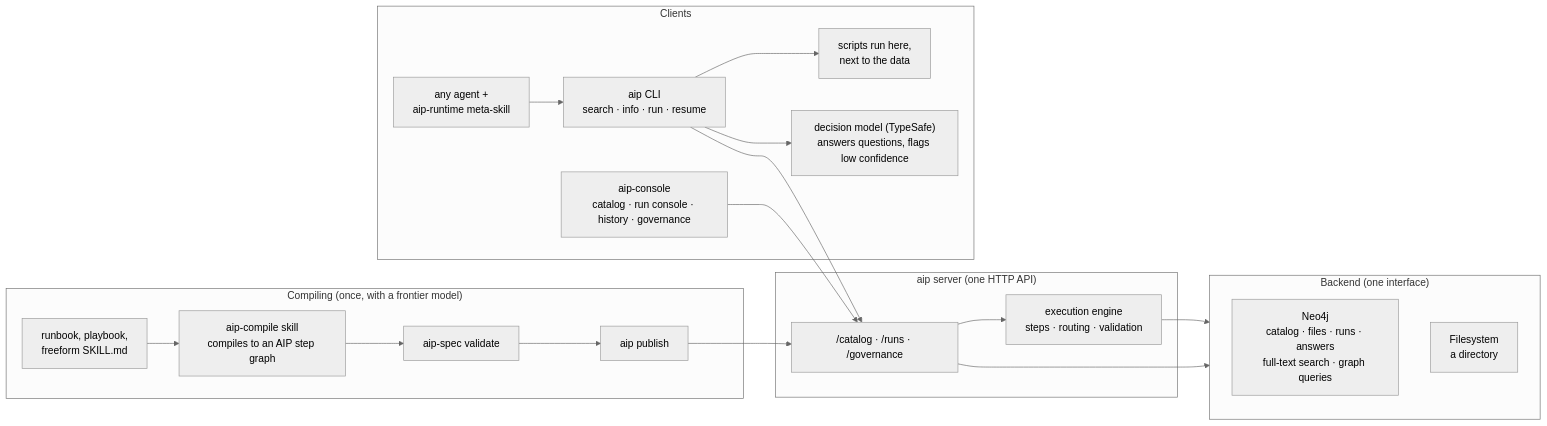
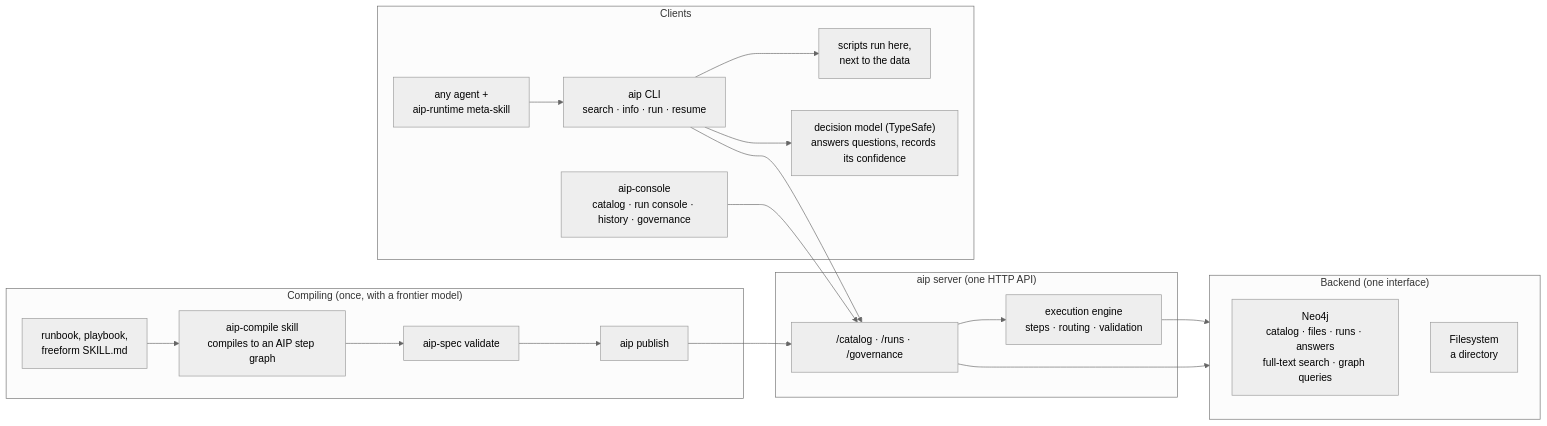
The diagram in README.md (zach-blumenfeld/aip), drawn with Mermaid (neutral theme) before and after one commit. The commit also changed other lines of this file and 16 other files, not shown here.

````diff
--- a/README.md
+++ b/README.md
@@ -84,30 +85,30 @@
 ```mermaid
 flowchart LR
     subgraph compiling["Compiling (once, with a frontier model)"]
         doc["runbook, playbook,<br/>freeform SKILL.md"] --> skill["aip-compile skill<br/>compiles to an AIP step graph"]
         skill --> validate["aip-spec validate"]
         validate --> publish["aip publish"]
     end
     subgraph clients["Clients"]
         agent["any agent +<br/>aip-runtime meta-skill"] --> cli["aip CLI<br/>search · info · run · resume"]
         insp["aip-console<br/>catalog · run console · history · governance"]
         scripts["scripts run here,<br/>next to the data"]
-        model["decision model (TypeSafe)<br/>answers questions, flags low confidence"]
+        model["decision model (TypeSafe)<br/>answers questions, records its confidence"]
         cli --> scripts
         cli --> model
     end
     subgraph server["aip server (one HTTP API)"]
         api["/catalog · /runs · /governance"]
         engine["execution engine<br/>steps · routing · validation"]
         api --> engine
     end
     subgraph backend["Backend (one interface)"]
         neo["Neo4j<br/>catalog · files · runs · answers<br/>full-text search · graph queries"]
         fs["Filesystem<br/>a directory"]
     end
     publish --> api
     cli --> api
     insp --> api
     engine --> backend
     api --> backend
 ```
````
